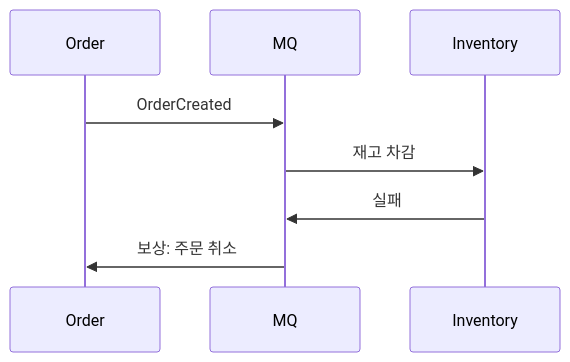
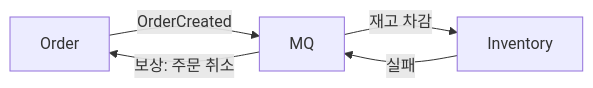
Before and after one commit to yjkim2015/yjkim2015.github.io: the fourth of 8 diagrams in _posts/spring/2026-05-01-distributed-transaction.md, drawn with Mermaid. The commit also changed other lines of this file and 84 other files, not shown here.

First line of the commit message:
85개 포스트 Mermaid 다이어그램 규칙 일괄 수정

````diff
--- a/_posts/spring/2026-05-01-distributed-transaction.md
+++ b/_posts/spring/2026-05-01-distributed-transaction.md
@@ -112,10 +108,7 @@
 ```mermaid
-sequenceDiagram
-    participant OS as Order
-    participant MQ as MQ
-    participant IS as Inventory
-    OS->>MQ: OrderCreated
-    MQ->>IS: 재고 차감
-    IS->>MQ: 실패
-    MQ->>OS: 보상: 주문 취소
+graph LR
+    OS["Order"] -->|"OrderCreated"| MQ["MQ"]
+    MQ -->|"재고 차감"| IS["Inventory"]
+    IS -->|"실패"| MQ
+    MQ -->|"보상: 주문 취소"| OS
 ```
````
